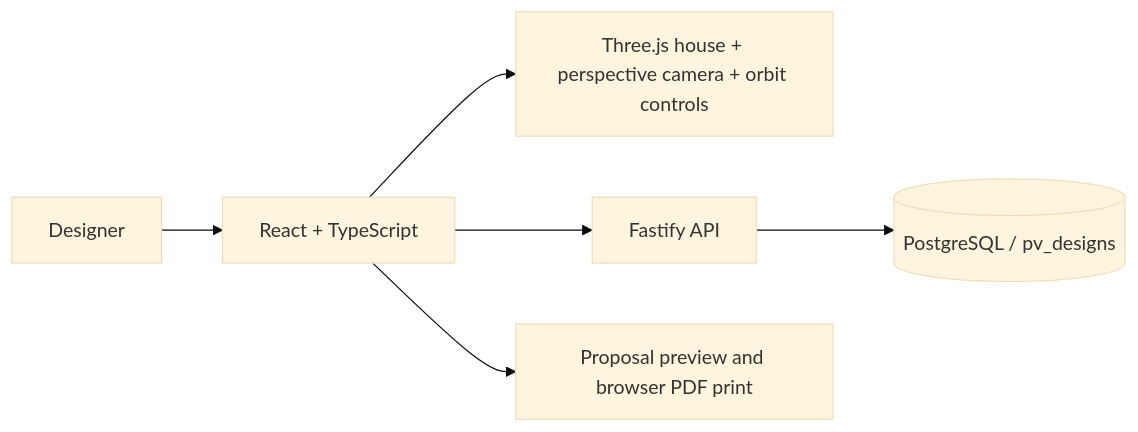
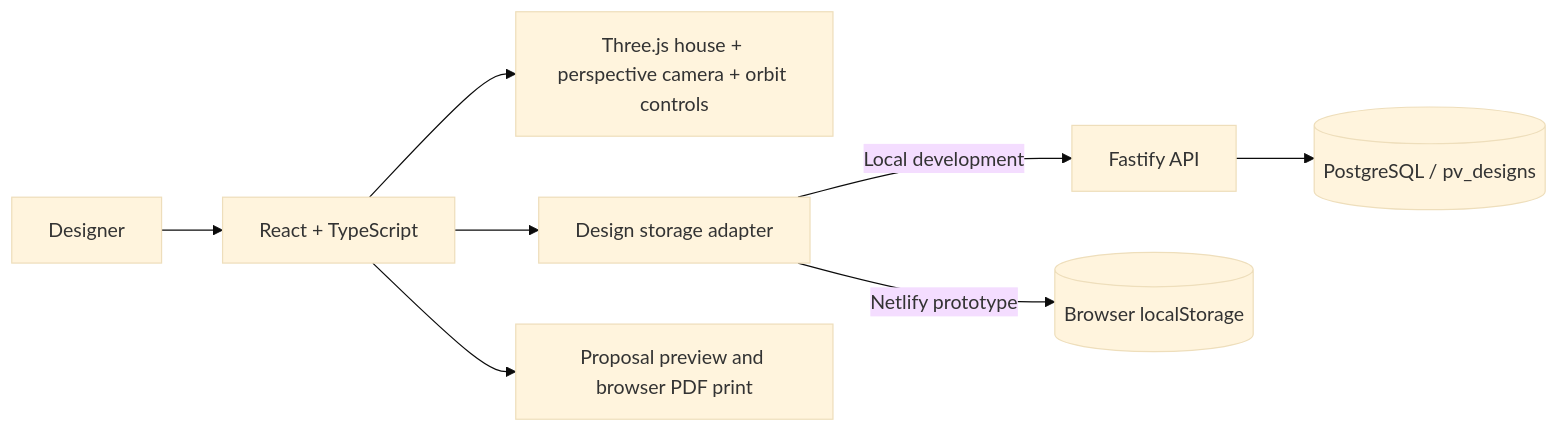
The diagram in docs/ARCHITECTURE.md (omarabdesslem/Smart-Energy), drawn with Mermaid (base theme) before and after one commit. The commit also changed other lines of this file and 10 other files, not shown here.

Commit message:
Netlify now uses browser storage

````diff
--- a/docs/ARCHITECTURE.md
+++ b/docs/ARCHITECTURE.md
@@ -5,8 +5,10 @@
 ```mermaid
 flowchart LR
     User[Designer] --> React[React + TypeScript]
     React --> House[Three.js house + perspective camera + orbit controls]
-    React --> API[Fastify API]
+    React --> Storage[Design storage adapter]
+    Storage -->|Local development| API[Fastify API]
+    Storage -->|Netlify prototype| Browser[(Browser localStorage)]
     API --> PG[(PostgreSQL / pv_designs)]
     React --> Proposal[Proposal preview and browser PDF print]
 ```
````
